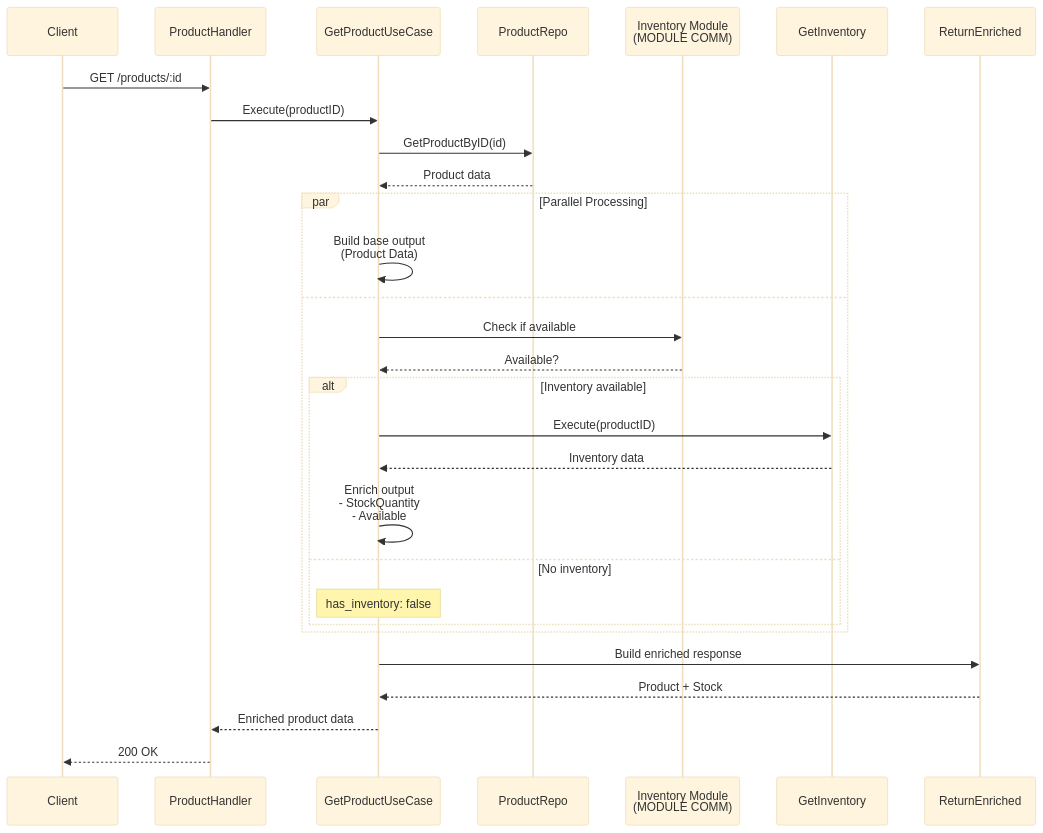
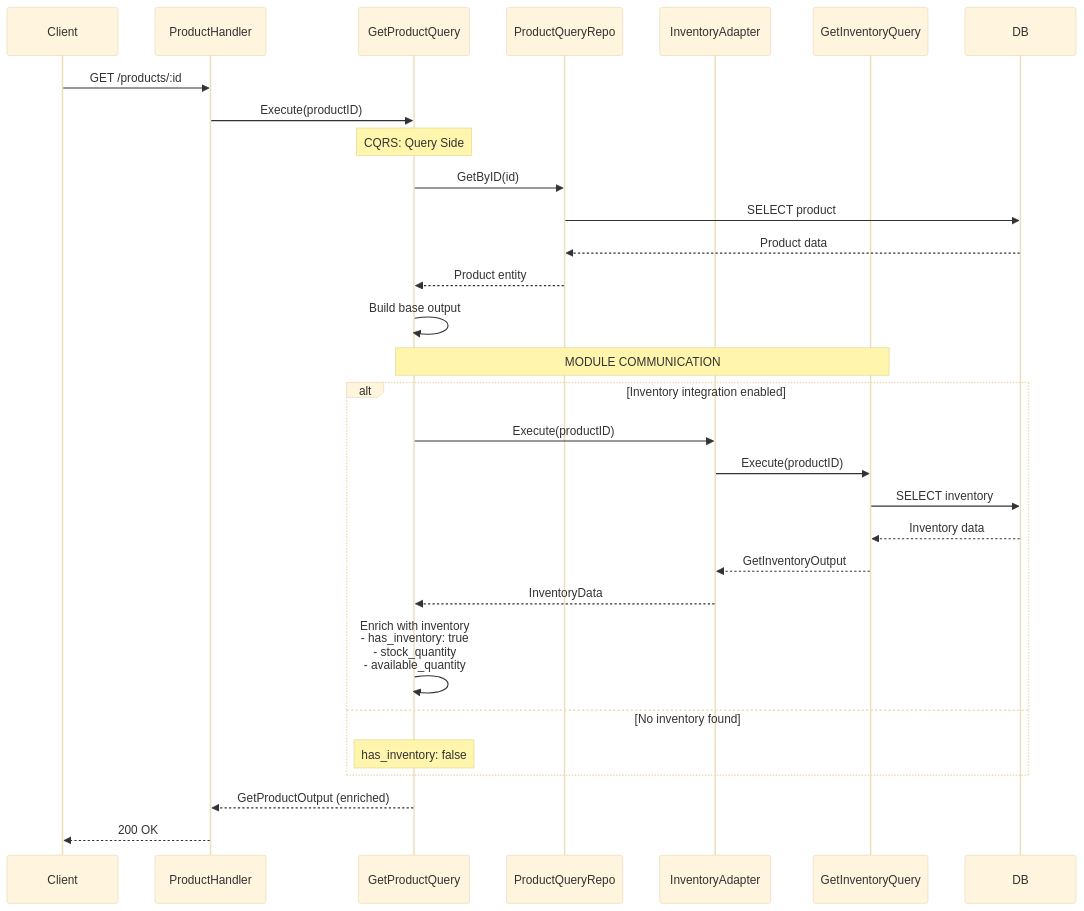
One commit to JoshuaPangaribuan/clean-arch-ddd changed the fourth of 10 diagrams in ARCHITECTURE_DIAGRAM.md. Above: the diagram before and after it, drawn with Mermaid (base theme). The commit also changed other lines of this file and 19 other files, not shown here.

First line of the commit message:
feat: Implement CQRS pattern with bug fixes and architecture updates

````diff
--- a/ARCHITECTURE_DIAGRAM.md
+++ b/ARCHITECTURE_DIAGRAM.md
@@ -132,34 +194,38 @@
 ```mermaid
 sequenceDiagram
     participant Client
     participant ProductHandler
-    participant GetProductUseCase
-    participant ProductRepo
-    participant InventoryModule as Inventory Module<br/>(MODULE COMM)
-    participant GetInventory
-    participant ReturnEnriched
+    participant GetProductQuery
+    participant ProductQueryRepo
+    participant InventoryAdapter
+    participant GetInventoryQuery
+    participant DB
     
     Client->>ProductHandler: GET /products/:id
-    ProductHandler->>GetProductUseCase: Execute(productID)
-    GetProductUseCase->>ProductRepo: GetProductByID(id)
-    ProductRepo-->>GetProductUseCase: Product data
+    ProductHandler->>GetProductQuery: Execute(productID)
     
-    par Parallel Processing
-        GetProductUseCase->>GetProductUseCase: Build base output<br/>(Product Data)
-    and
-        GetProductUseCase->>InventoryModule: Check if available
-        InventoryModule-->>GetProductUseCase: Available?
-        alt Inventory available
-            GetProductUseCase->>GetInventory: Execute(productID)
-            GetInventory-->>GetProductUseCase: Inventory data
-            GetProductUseCase->>GetProductUseCase: Enrich output<br/>- StockQuantity<br/>- Available
-        else No inventory
-            Note over GetProductUseCase: has_inventory: false
-        end
+    Note over GetProductQuery: CQRS: Query Side
+    
+    GetProductQuery->>ProductQueryRepo: GetByID(id)
+    ProductQueryRepo->>DB: SELECT product
+    DB-->>ProductQueryRepo: Product data
+    ProductQueryRepo-->>GetProductQuery: Product entity
+    
+    GetProductQuery->>GetProductQuery: Build base output
+    
+    Note over GetProductQuery,GetInventoryQuery: MODULE COMMUNICATION
+    alt Inventory integration enabled
+        GetProductQuery->>InventoryAdapter: Execute(productID)
+        InventoryAdapter->>GetInventoryQuery: Execute(productID)
+        GetInventoryQuery->>DB: SELECT inventory
+        DB-->>GetInventoryQuery: Inventory data
+        GetInventoryQuery-->>InventoryAdapter: GetInventoryOutput
+        InventoryAdapter-->>GetProductQuery: InventoryData
+        GetProductQuery->>GetProductQuery: Enrich with inventory<br/>- has_inventory: true<br/>- stock_quantity<br/>- available_quantity
+    else No inventory found
+        Note over GetProductQuery: has_inventory: false
     end
     
-    GetProductUseCase->>ReturnEnriched: Build enriched response
-    ReturnEnriched-->>GetProductUseCase: Product + Stock
-    GetProductUseCase-->>ProductHandler: Enriched product data
+    GetProductQuery-->>ProductHandler: GetProductOutput (enriched)
     ProductHandler-->>Client: 200 OK
 ```
````
